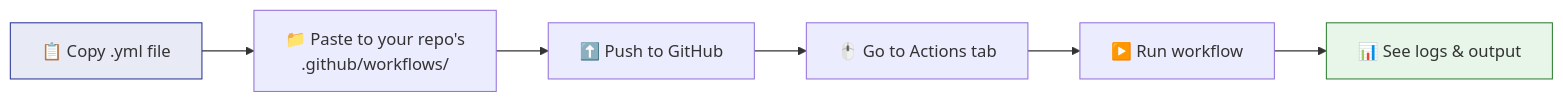
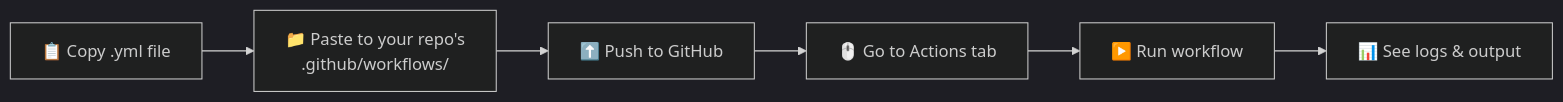
Before and after one commit to vishutyagi0210/github-ci-cd-with-labs: the second of 2 diagrams in README.md, drawn with Mermaid. The commit also changed other lines of this file and 13 other files, not shown here.

Commit message:
fix: switch all mermaid diagrams to dark theme for better readability

````diff
--- a/README.md
+++ b/README.md
@@ -69,11 +66,10 @@
 ```mermaid
+%%{init: {"theme": "dark"}}%%
 graph LR
     A["📋 Copy .yml file"] --> B["📁 Paste to your repo's<br/>.github/workflows/"]
     B --> C["⬆️ Push to GitHub"]
     C --> D["🖱️ Go to Actions tab"]
     D --> E["▶️ Run workflow"]
     E --> F["📊 See logs & output"]
 
-    style A fill:#e8eaf6,stroke:#283593
-    style F fill:#e8f5e9,stroke:#2e7d32
 ```
````
